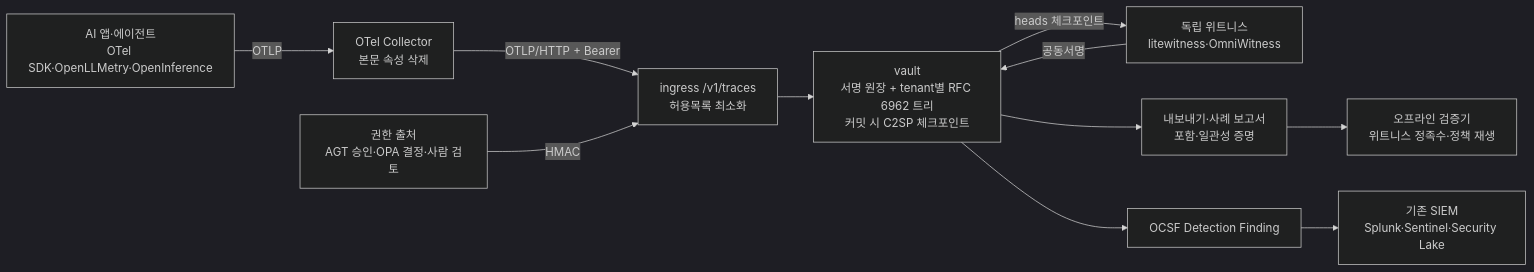
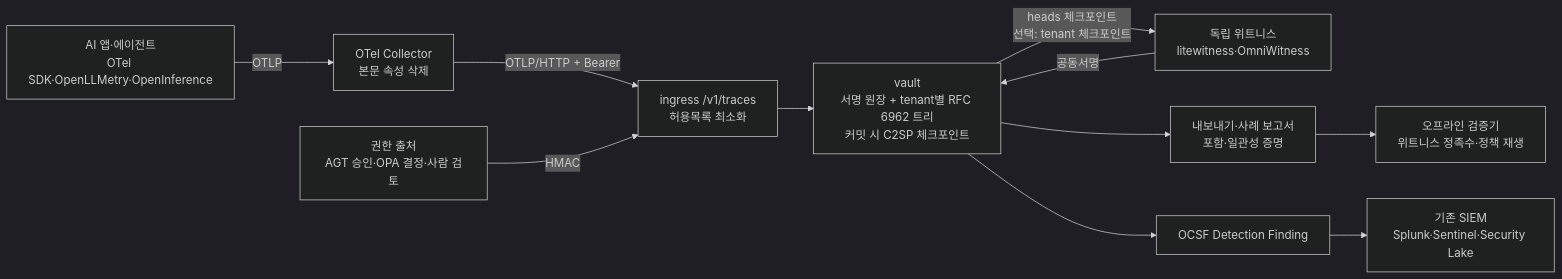
One commit to ki0915/EvidScope changed the diagram in docs/evidence-layer.md. Above: the diagram before and after it, drawn with Mermaid (dark theme). The commit also changed other lines of this file and 2 other files, not shown here.

First line of the commit message:
Document tenant log witnessing and what a rollback check binds (review F1)

````diff
--- a/docs/evidence-layer.md
+++ b/docs/evidence-layer.md
@@ -21,12 +21,12 @@
 ```mermaid
 flowchart LR
   A[AI 앱·에이전트<br/>OTel SDK·OpenLLMetry·OpenInference] -->|OTLP| C[OTel Collector<br/>본문 속성 삭제]
   C -->|OTLP/HTTP + Bearer| I[ingress /v1/traces<br/>허용목록 최소화]
   P[권한 출처<br/>AGT 승인·OPA 결정·사람 검토] -->|HMAC| I
   I --> V[vault<br/>서명 원장 + tenant별 RFC 6962 트리<br/>커밋 시 C2SP 체크포인트]
-  V -->|heads 체크포인트| W[독립 위트니스<br/>litewitness·OmniWitness]
+  V -->|heads 체크포인트<br/>선택: tenant 체크포인트| W[독립 위트니스<br/>litewitness·OmniWitness]
   W -->|공동서명| V
   V --> E[내보내기·사례 보고서<br/>포함·일관성 증명]
   E --> X[오프라인 검증기<br/>위트니스 정족수·정책 재생]
   V --> O[OCSF Detection Finding] --> S[기존 SIEM<br/>Splunk·Sentinel·Security Lake]
 ```
````
